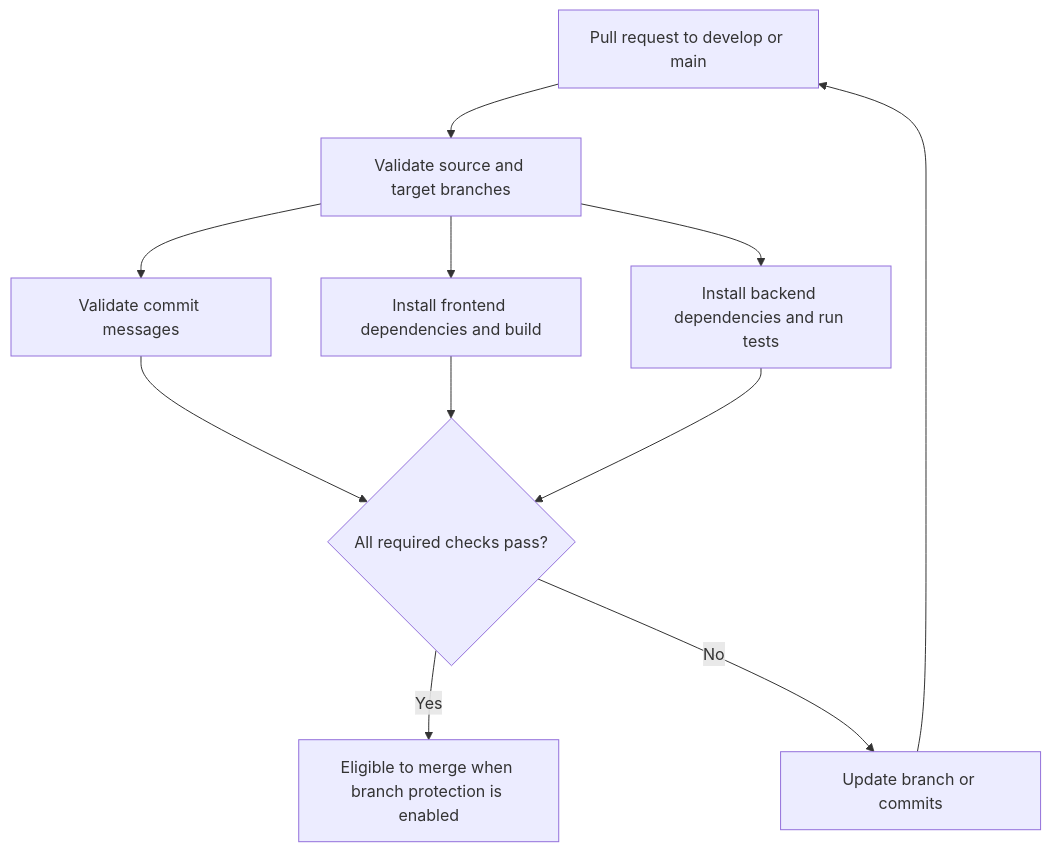
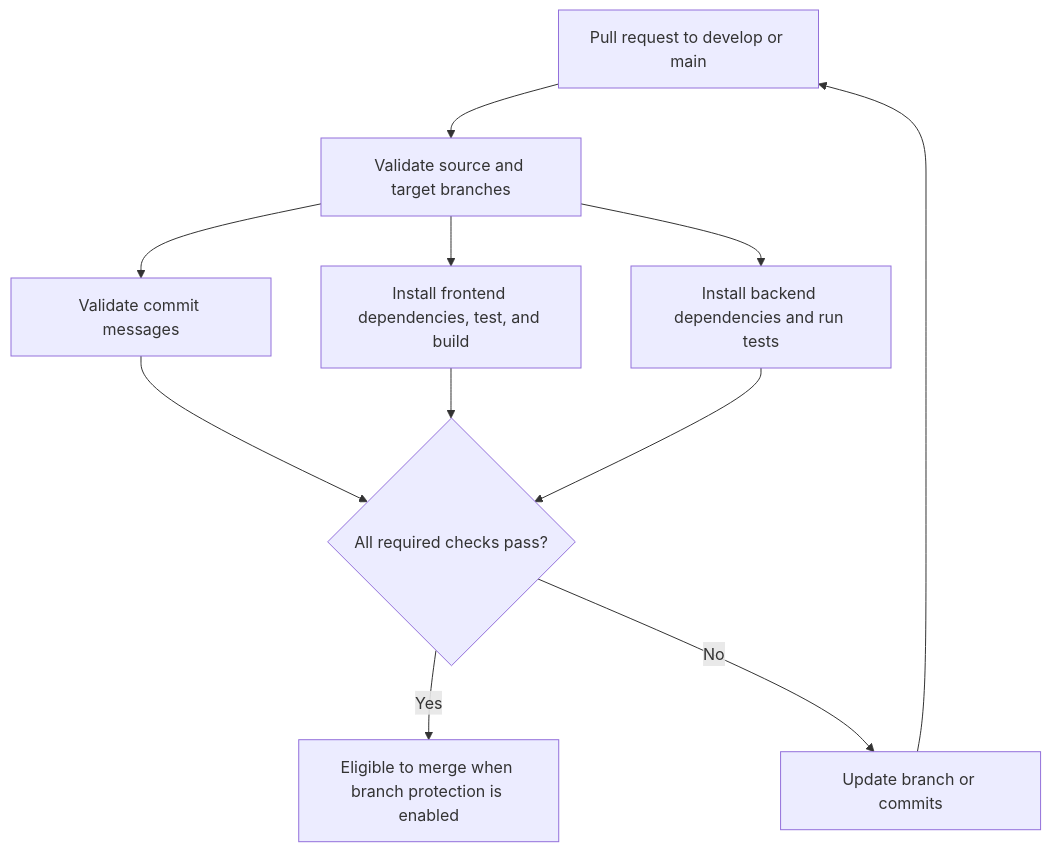
One commit to YnovToulouseProjectPerso/Yboost_B2 changed the diagram in docs/testing-and-quality.md. Above: the diagram before and after it, drawn with Mermaid. The commit also changed other lines of this file and 15 other files, not shown here.

````diff
--- a/docs/testing-and-quality.md
+++ b/docs/testing-and-quality.md
@@ -19,13 +19,13 @@
 ```mermaid
 flowchart TD
     PR[Pull request to develop or main] --> Branches[Validate source and target branches]
     Branches --> Commits[Validate commit messages]
-    Branches --> Frontend[Install frontend dependencies and build]
+    Branches --> Frontend[Install frontend dependencies, test, and build]
     Branches --> Backend[Install backend dependencies and run tests]
     Commits --> Result{All required checks pass?}
     Frontend --> Result
     Backend --> Result
     Result -->|Yes| Merge[Eligible to merge when branch protection is enabled]
     Result -->|No| Fix[Update branch or commits]
     Fix --> PR
 ```
````
